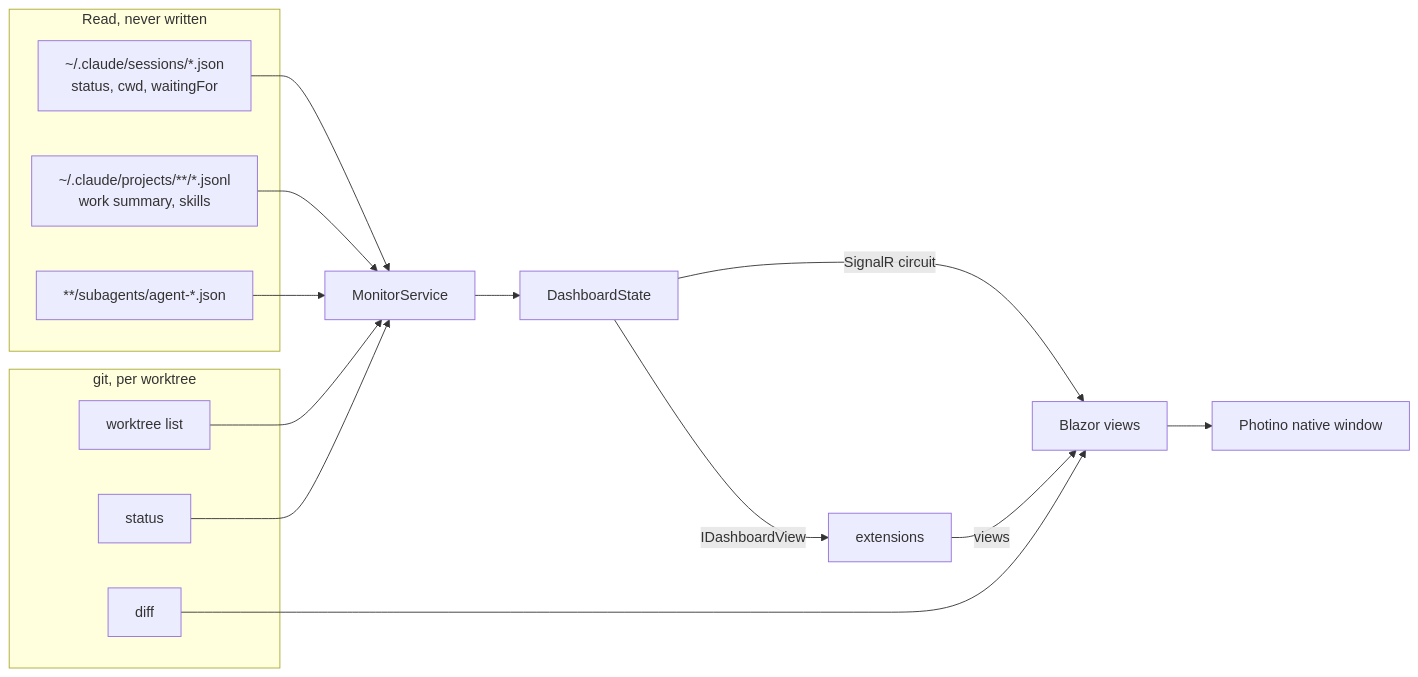
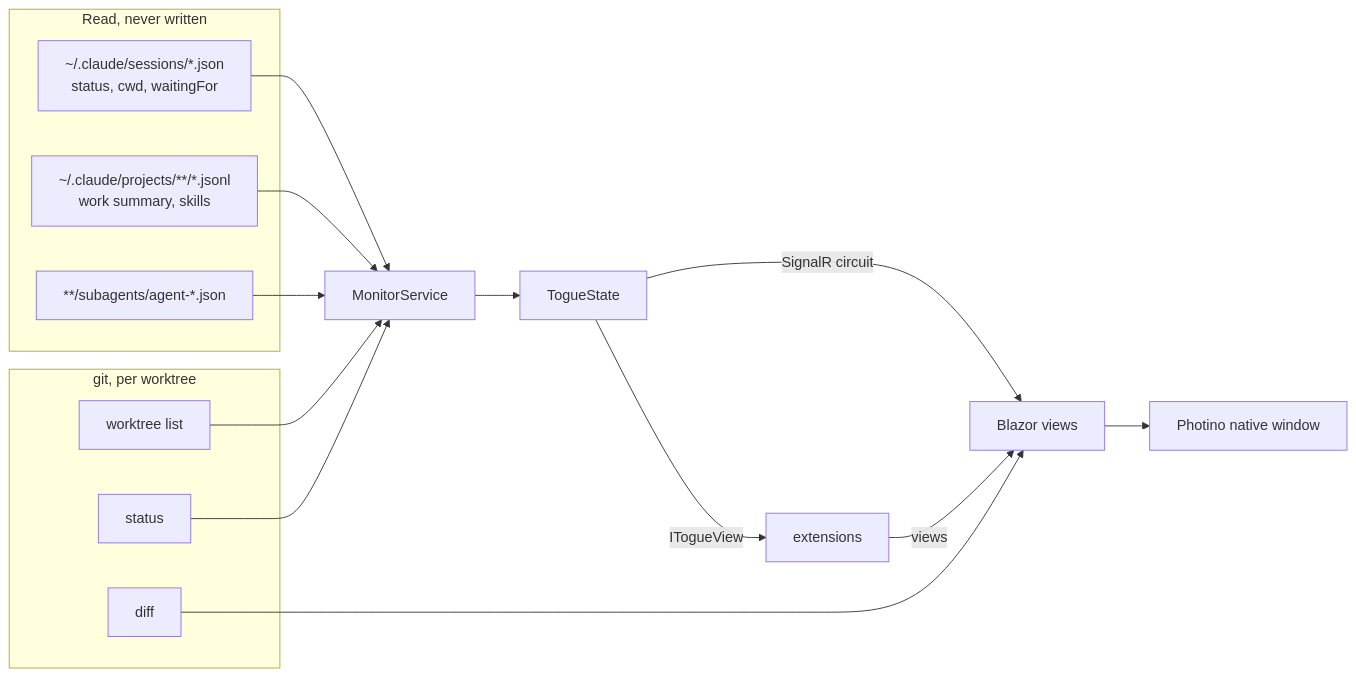
Before and after one commit to BradenTerry/Tog: the first of 2 diagrams in CONTRIBUTING.md, drawn with Mermaid. The commit also changed other lines of this file and 483 other files, not shown here.

First line of the commit message:
Rename the app from Agents Dashboard to Togue

````diff
--- a/CONTRIBUTING.md
+++ b/CONTRIBUTING.md
@@ -122,26 +122,26 @@
 ```mermaid
 flowchart LR
   subgraph read["Read, never written"]
     R["~/.claude/sessions/*.json<br/>status, cwd, waitingFor"]
     J["~/.claude/projects/**/*.jsonl<br/>work summary, skills"]
     SA["**/subagents/agent-*.json"]
   end
 
   subgraph git["git, per worktree"]
     W["worktree list"]
     S["status"]
     D["diff"]
   end
 
   R --> M[MonitorService]
   J --> M
   SA --> M
   W --> M
   S --> M
-  M --> ST[DashboardState]
+  M --> ST[TogueState]
   ST -->|SignalR circuit| UI[Blazor views]
   D --> UI
   UI --> WIN[Photino native window]
-  ST -->|IDashboardView| X[extensions]
+  ST -->|ITogueView| X[extensions]
   X -->|views| UI
 ```
````
